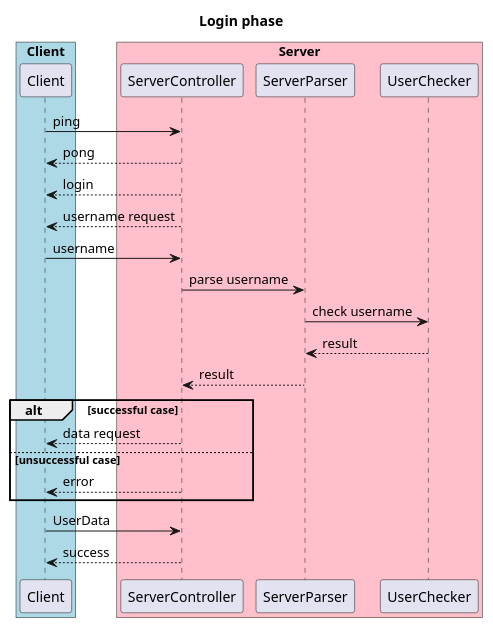
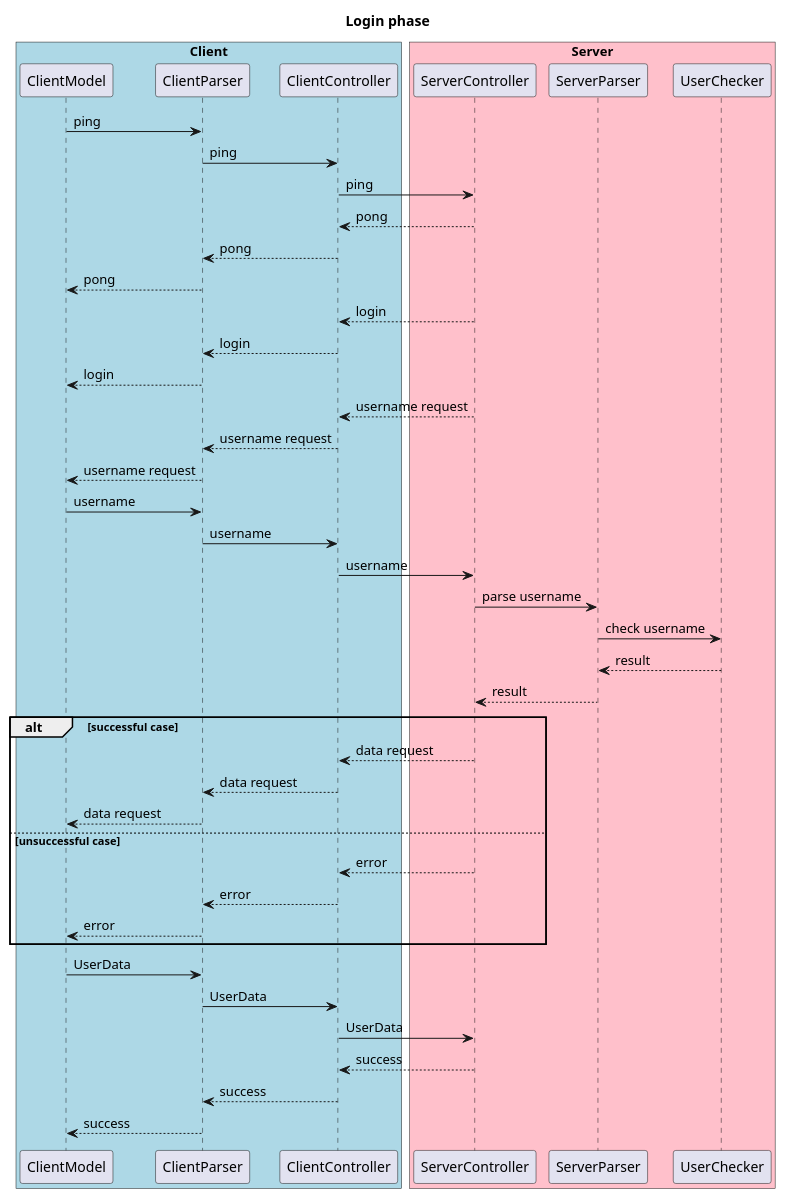
One commit to dltmtt/IS23-AM13 changed the diagram in docs/Sequence Diagram/Login Phase.puml. Above: the diagram before and after it, drawn with PlantUML. The commit also changed 1 other file, not shown here.

Commit message:
Add ClientParser

```diff
--- a/docs/Sequence Diagram/Login Phase.puml
+++ b/docs/Sequence Diagram/Login Phase.puml
@@ -1,36 +1,61 @@
 @startuml
 title "Login phase"
 
 box "Client" #LightBlue
-participant Client
+participant ClientModel
+participant ClientParser
+participant ClientController
 end box
 
 box "Server" #Pink
 participant ServerController
 participant ServerParser
 participant UserChecker
 end box
 
 'Client-Server connections
-Client->ServerController: ping
-Client<--ServerController: pong
+ClientModel->ClientParser: ping
+ClientParser->ClientController: ping
+ClientController->ServerController: ping
+ClientController<--ServerController: pong
+ClientParser<--ClientController: pong
+ClientModel<--ClientParser: pong
 
-Client<--ServerController: login
-Client<--ServerController: username request
-Client->ServerController: username
+ClientController<--ServerController: login
+ClientParser<--ClientController: login
+ClientModel<--ClientParser: login
+ClientController<--ServerController: username request
+ClientParser<--ClientController: username request
+ClientModel<--ClientParser: username request
+ClientModel->ClientParser: username
+ClientParser->ClientController: username
+ClientController->ServerController: username
+
 ServerController->ServerParser: parse username
 
 'Server-UserChecker connections
 ServerParser->UserChecker: check username
 UserChecker-->ServerParser: result
 ServerParser-->ServerController: result
 'alt cases
 alt successful case
-Client<--ServerController: data request
+ClientController<--ServerController: data request
+ClientParser<--ClientController: data request
+ClientModel<--ClientParser: data request
 else unsuccessful case
-Client<--ServerController: error
+ClientController<--ServerController: error
+ClientParser<--ClientController: error
+ClientModel<--ClientParser: error
 end
 
-Client->ServerController: UserData
-Client<--ServerController: success
+ClientModel->ClientParser: UserData
+ClientParser->ClientController: UserData
+ClientController->ServerController: UserData
+
+ClientController<--ServerController: success
+ClientParser<--ClientController: success
+ClientModel<--ClientParser: success
+
+
+
 @enduml
```
